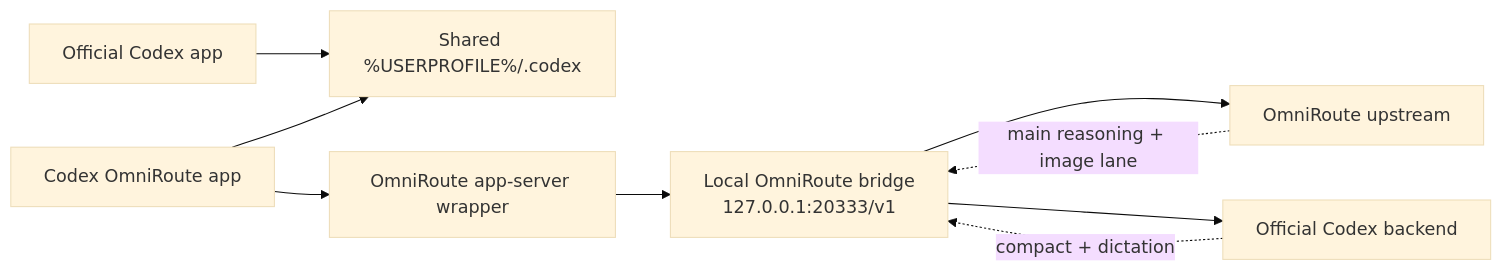
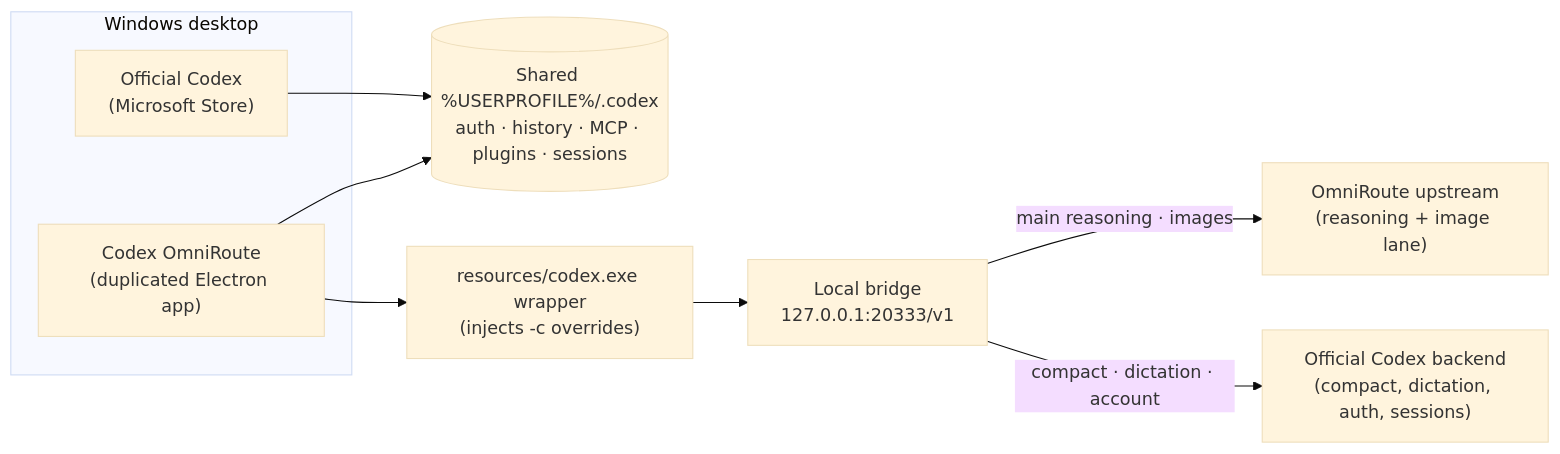
Before and after one commit to Destruction13/Codex-Omniroute: the diagram in README.md, drawn with Mermaid (base theme). The commit also changed other lines of this file, not shown here.

````diff
--- a/README.md
+++ b/README.md
@@ -302,20 +240,21 @@
 ```mermaid
 flowchart LR
-    Official["Official Codex app"]
-    Omni["Codex OmniRoute app"]
-    Home["Shared %USERPROFILE%/.codex"]
-    Wrapper["OmniRoute app-server wrapper"]
-    Bridge["Local OmniRoute bridge<br/>127.0.0.1:20333/v1"]
-    Route["OmniRoute upstream"]
-    OpenAI["Official Codex backend"]
+    subgraph User["Windows desktop"]
+        Official["Official Codex<br/>(Microsoft Store)"]
+        Omni["Codex OmniRoute<br/>(duplicated Electron app)"]
+    end
+
+    Home[("Shared %USERPROFILE%/.codex<br/>auth · history · MCP · plugins · sessions")]
+    Wrapper["resources/codex.exe wrapper<br/>(injects -c overrides)"]
+    Bridge["Local bridge<br/>127.0.0.1:20333/v1"]
+
+    Route["OmniRoute upstream<br/>(reasoning + image lane)"]
+    OpenAI["Official Codex backend<br/>(compact, dictation, auth, sessions)"]
 
     Official --> Home
     Omni --> Home
     Omni --> Wrapper
     Wrapper --> Bridge
-    Bridge --> Route
-    Bridge --> OpenAI
-
-    Route -. "main reasoning + image lane" .-> Bridge
-    OpenAI -. "compact + dictation" .-> Bridge
+    Bridge -- "main reasoning · images" --> Route
+    Bridge -- "compact · dictation · account" --> OpenAI
 ```
````
